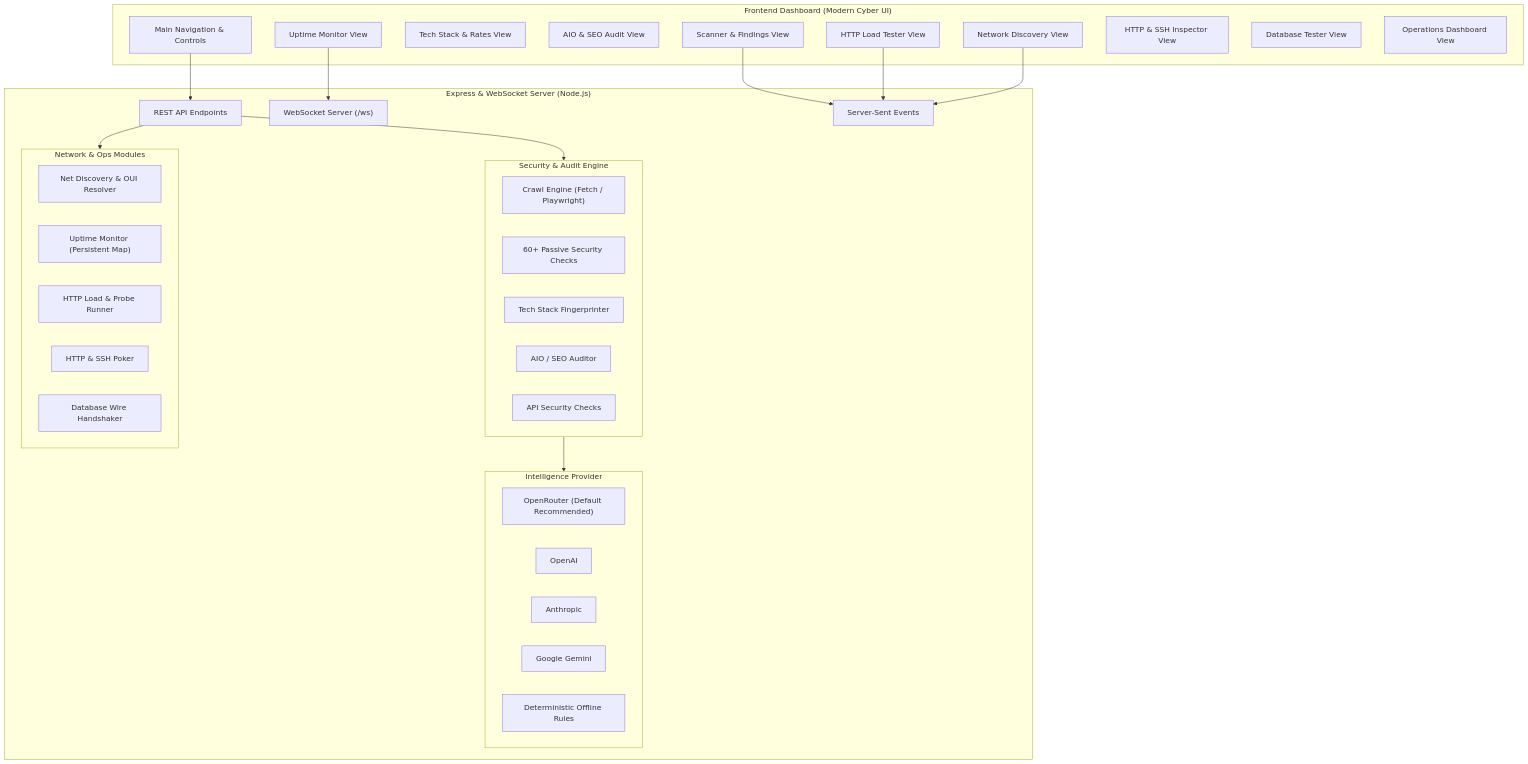
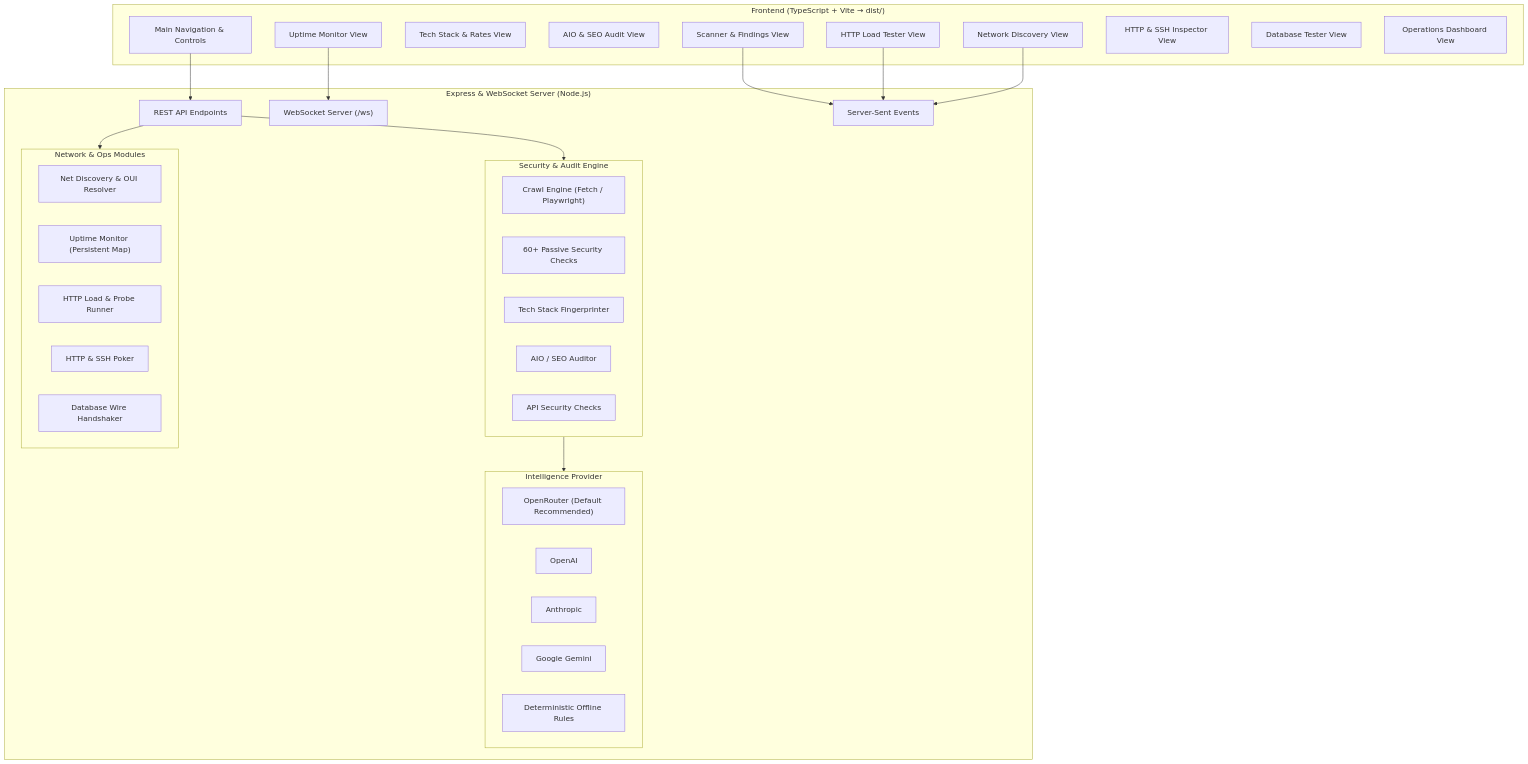
Before and after one commit to mahmud-r-farhan/Monarch-Security-Engine: the diagram in README.md, drawn with Mermaid. The commit also changed other lines of this file and 8 other files, not shown here.

First line of the commit message:
refactor: migrate frontend to TypeScript + Vite (src/frontend)

````diff
--- a/README.md
+++ b/README.md
@@ -41,54 +41,54 @@
 ```mermaid
 graph TB
-    subgraph Frontend["Frontend Dashboard (Modern Cyber UI)"]
+    subgraph Frontend["Frontend (TypeScript + Vite → dist/)"]
         UI["Main Navigation & Controls"]
         ScannerView["Scanner & Findings View"]
         TechView["Tech Stack & Rates View"]
         SeoView["AIO & SEO Audit View"]
         NetView["Network Discovery View"]
         MonView["Uptime Monitor View"]
         LoadView["HTTP Load Tester View"]
         InspView["HTTP & SSH Inspector View"]
         DbView["Database Tester View"]
         DashView["Operations Dashboard View"]
     end
 
     subgraph Backend["Express & WebSocket Server (Node.js)"]
         API["REST API Endpoints"]
         WS["WebSocket Server (/ws)"]
         SSE["Server-Sent Events"]
         
         subgraph Engine["Security & Audit Engine"]
             Crawler["Crawl Engine (Fetch / Playwright)"]
             Checks["60+ Passive Security Checks"]
             TechStack["Tech Stack Fingerprinter"]
             SeoAudit["AIO / SEO Auditor"]
             ApiSec["API Security Checks"]
         end
         
         subgraph Operations["Network & Ops Modules"]
             NetDisc["Net Discovery & OUI Resolver"]
             MonitorSvc["Uptime Monitor (Persistent Map)"]
             LoadEngine["HTTP Load & Probe Runner"]
             Poker["HTTP & SSH Poker"]
             DbTester["Database Wire Handshaker"]
         end
         
         subgraph AI["Intelligence Provider"]
             OpenRouter["OpenRouter (Default Recommended)"]
             OpenAI["OpenAI"]
             Anthropic["Anthropic"]
             Gemini["Google Gemini"]
             Heuristic["Deterministic Offline Rules"]
         end
     end
 
     UI --> API
     MonView --> WS
     ScannerView --> SSE
     LoadView --> SSE
     NetView --> SSE
     API --> Engine
     API --> Operations
     Engine --> AI
 ```
````
